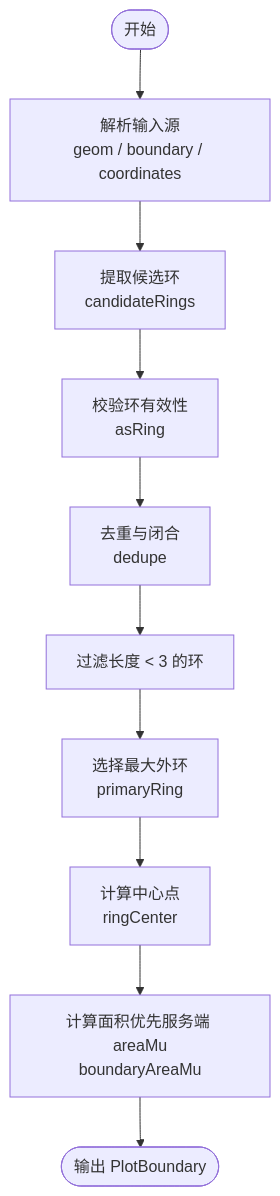
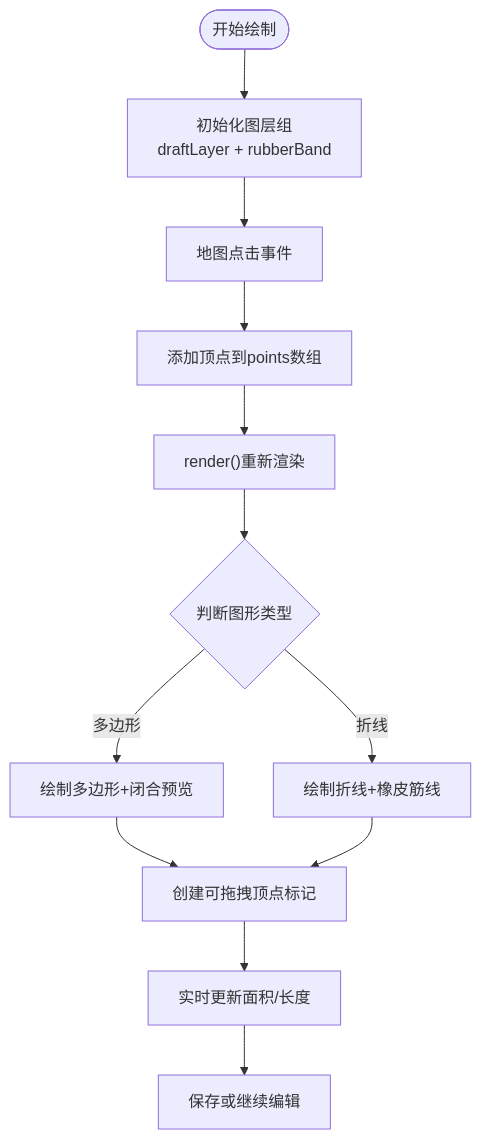
The third of 5 diagrams in .qoder/repowiki/zh/content/前端应用文档/地图可视化.md (q446328246/agri-platform), drawn with Mermaid before and after one commit. The commit also changed other lines of this file and 39 other files, not shown here.

````diff
--- a/.qoder/repowiki/zh/content/前端应用文档/地图可视化.md
+++ b/.qoder/repowiki/zh/content/前端应用文档/地图可视化.md
@@ -159,12 +142,14 @@
 ```mermaid
 flowchart TD
-Start(["开始"]) --> ParseInput["解析输入源<br/>geom / boundary / coordinates"]
-ParseInput --> Candidate["提取候选环<br/>candidateRings"]
-Candidate --> Validate["校验环有效性<br/>asRing"]
-Validate --> Dedup["去重与闭合<br/>dedupe"]
-Dedup --> FilterLen["过滤长度 < 3 的环"]
-FilterLen --> Primary["选择最大外环<br/>primaryRing"]
-Primary --> Center["计算中心点<br/>ringCenter"]
-Center --> Area["计算面积优先服务端 areaMu<br/>boundaryAreaMu"]
-Area --> Output(["输出 PlotBoundary"])
+Start(["开始绘制"]) --> Init["初始化图层组<br/>draftLayer + rubberBand"]
+Init --> Click["地图点击事件"]
+Click --> AddPoint["添加顶点到points数组"]
+AddPoint --> Render["render()重新渲染"]
+Render --> CheckType{"判断图形类型"}
+CheckType --> |多边形| Polygon["绘制多边形+闭合预览"]
+CheckType --> |折线| Polyline["绘制折线+橡皮筋线"]
+Polygon --> VertexMarkers["创建可拖拽顶点标记"]
+Polyline --> VertexMarkers
+VertexMarkers --> RealtimeUpdate["实时更新面积/长度"]
+RealtimeUpdate --> Save["保存或继续编辑"]
 ```
````
